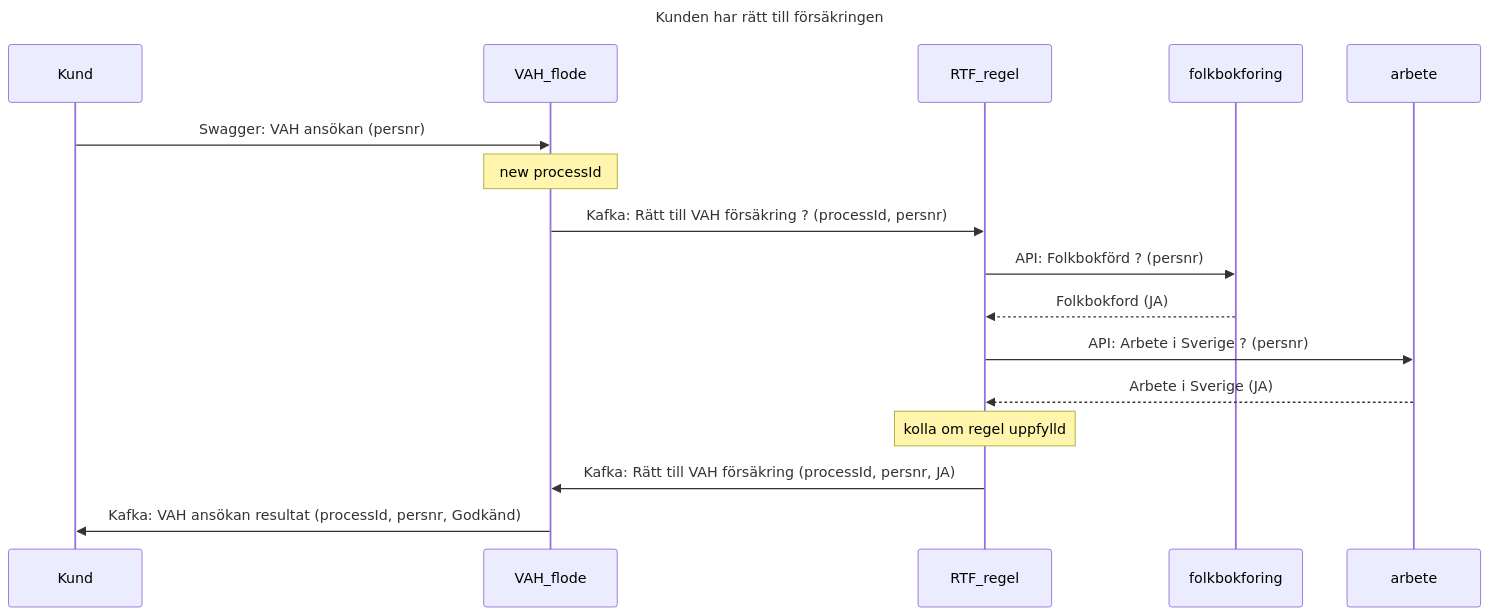
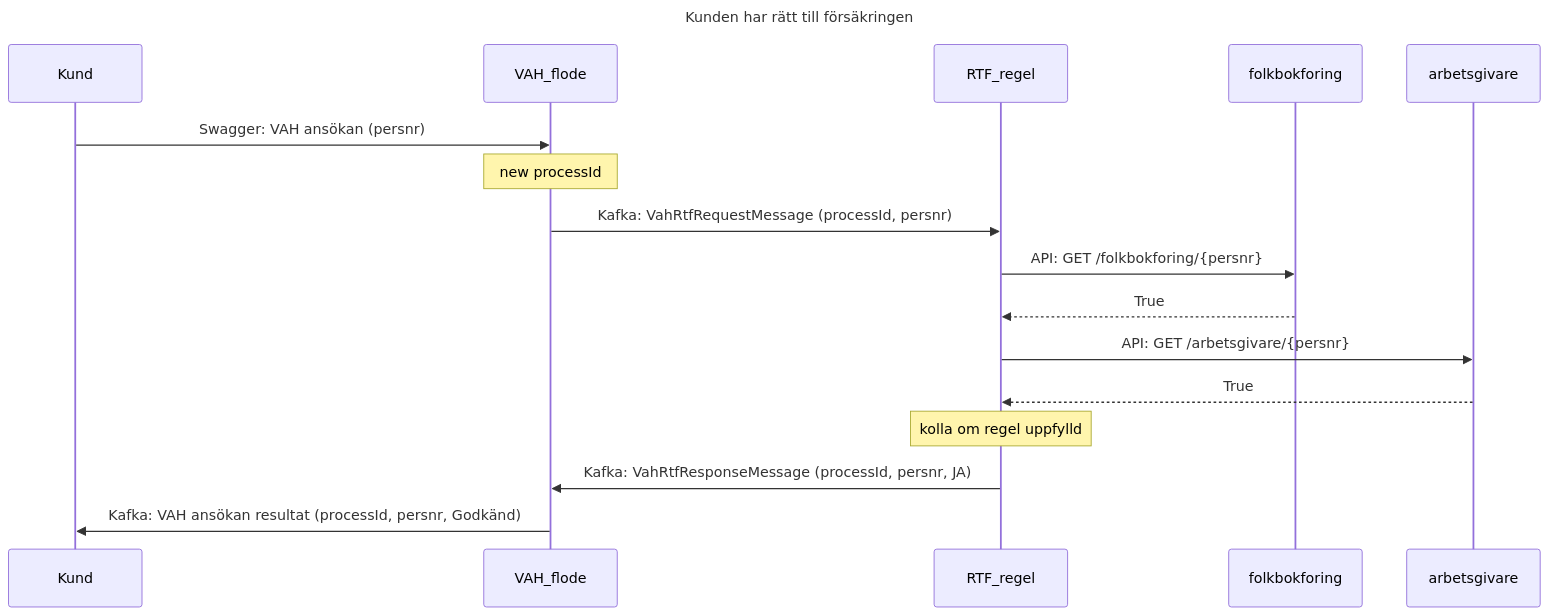
One commit to Forsakringskassan/rimfrost changed the diagram in sequences/ratt_till_forsakring_ok.mmd. Above: the diagram before and after it, drawn with Mermaid. The commit also changed 1 other file, not shown here.

Commit message:
/arbetsgivare ist för /arbete i Arbetsgivare APIt. Uppdaterat sekvensen med relevanta API-namn

```diff
--- a/sequences/ratt_till_forsakring_ok.mmd
+++ b/sequences/ratt_till_forsakring_ok.mmd
@@ -1,18 +1,18 @@
 sequenceDiagram
     title Kunden har rätt till försäkringen
     participant Kund
     participant VAH_flode
     participant RTF_regel
     participant folkbokforing
-    participant arbete
+    participant arbetsgivare
 
     Kund ->> VAH_flode: Swagger: VAH ansökan (persnr)
     note over VAH_flode: new processId
-    VAH_flode ->> RTF_regel: Kafka: Rätt till VAH försäkring ? (processId, persnr)
-    RTF_regel ->> folkbokforing: API: Folkbokförd ? (persnr)
-    folkbokforing -->> RTF_regel: Folkbokford (JA)
-    RTF_regel ->> arbete: API:  Arbete i Sverige ? (persnr)
-    arbete -->> RTF_regel: Arbete i Sverige (JA)
+    VAH_flode ->> RTF_regel: Kafka: VahRtfRequestMessage (processId, persnr)
+    RTF_regel ->> folkbokforing: API: GET /folkbokforing/{persnr}
+    folkbokforing -->> RTF_regel: True
+    RTF_regel ->> arbetsgivare: API:  GET /arbetsgivare/{persnr}
+    arbetsgivare -->> RTF_regel: True
     note over RTF_regel: kolla om regel uppfylld
-    RTF_regel ->> VAH_flode: Kafka: Rätt till VAH försäkring (processId, persnr, JA)
+    RTF_regel ->> VAH_flode: Kafka: VahRtfResponseMessage (processId, persnr, JA)
     VAH_flode ->> Kund: Kafka: VAH ansökan resultat (processId, persnr, Godkänd)
```
